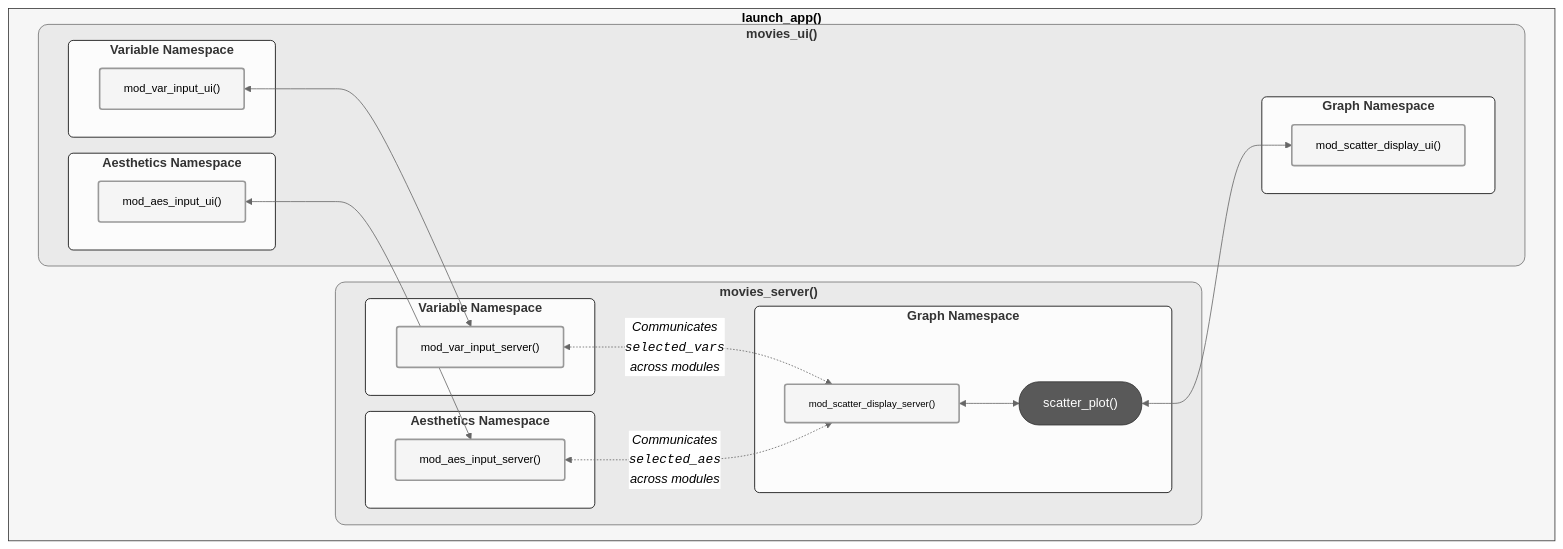
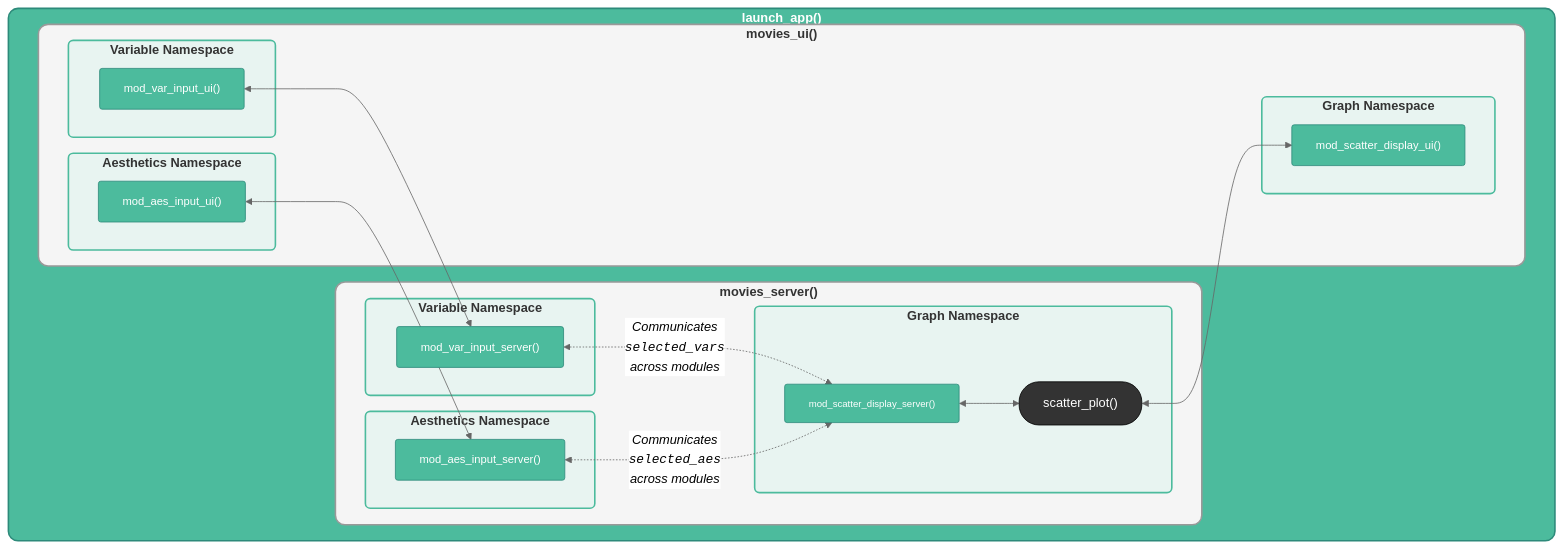
Before and after one commit to mjfrigaard/shiny-app-pkgs: the second of 2 diagrams in logging.qmd, drawn with Mermaid. The commit also changed other lines of this file and 107 other files, not shown here.

First line of the commit message:
Add consistent teal/light-teal color styling to mermaid diagrams

````diff
--- a/logging.qmd
+++ b/logging.qmd
@@ -776,64 +776,64 @@
 ```{mermaid}
 %%| fig-align: center
 %%| fig-cap: 'Primary `launch_app()` app'
 %%{init: {'theme': 'neutral', 'themeVariables': { 'fontFamily': 'monospace', "fontSize":"16px"}}}%%
 flowchart TD
     subgraph Launch["<strong>launch_app()</strong>"]
         subgraph Server["<strong>movies_server()</strong>"]
             subgraph VarServerNS["<strong>Variable Namespace<strong>"]
                 VarInpuServer["mod_var_input_server()"]
             end
             subgraph AesServerNS["<strong>Aesthetics Namespace<strong>"]
                 AesInpuServer["mod_aes_input_server()"]
             end
             subgraph GraphServerNS["<strong>Graph Namespace<strong>"]
                 DisplayServer["mod_scatter_display_server()"]
                 PlotUtil["scatter_plot()"]
             end
         end
         subgraph UI["<strong>movies_ui()</strong>"]
             subgraph VarUINS["<strong>Variable Namespace<strong>"]
                 VarInpuUI["mod_var_input_ui()"]
             end
             subgraph AesUINS["<strong>Aesthetics Namespace<strong>"]
                 AesInpuUI["mod_aes_input_ui()"]
             end
             subgraph GraphUINS["<strong>Graph Namespace<strong>"]
                 DisplayUI["mod_scatter_display_ui()"]
             end
         end
 
         VarInpuUI <--> VarInpuServer
         AesInpuUI <--> AesInpuServer
         DisplayServer <--> PlotUtil <--> DisplayUI
     end
 
     VarInpuServer <-.->|"<em>Communicates<br><code>selected_vars</code><br>across modules</em>"| DisplayServer
     AesInpuServer <-.->|"<em>Communicates<br><code>selected_aes</code><br>across modules</em>"| DisplayServer
-    
-    %% standalone app function 
-    style Launch fill:#F6F6F6,color:#000,stroke:#333
-    
+
+    %% standalone app function
+    style Launch fill:#4CBB9D,color:#fff,stroke:#2d8a7a,stroke-width:2px,rx:12,ry:12
+
     %% modules
-    style VarInpuUI font-size:14px,color:#000,fill:#f5f5f5,stroke-width:2px,rx:3,ry:3
-    style VarInpuServer font-size:14px,color:#000,fill:#f5f5f5,stroke-width:2px,rx:3,ry:3
-    style AesInpuServer font-size:14px,color:#000,fill:#f5f5f5,stroke-width:2px,rx:3,ry:3
-    style AesInpuUI font-size:14px,color:#000,fill:#f5f5f5,stroke-width:2px,rx:3,ry:3
-    style DisplayServer font-size:12px,color:#000,fill:#f5f5f5,stroke-width:2px,rx:3,ry:3
-    style DisplayUI font-size:14px,color:#000,fill:#f5f5f5,stroke-width:2px,rx:3,ry:3
-    
+    style VarInpuUI font-size:14px,color:#fff,fill:#4CBB9D,stroke:#2d8a7a,stroke-width:1px,rx:3,ry:3
+    style VarInpuServer font-size:14px,color:#fff,fill:#4CBB9D,stroke:#2d8a7a,stroke-width:1px,rx:3,ry:3
+    style AesInpuServer font-size:14px,color:#fff,fill:#4CBB9D,stroke:#2d8a7a,stroke-width:1px,rx:3,ry:3
+    style AesInpuUI font-size:14px,color:#fff,fill:#4CBB9D,stroke:#2d8a7a,stroke-width:1px,rx:3,ry:3
+    style DisplayServer font-size:12px,color:#fff,fill:#4CBB9D,stroke:#2d8a7a,stroke-width:1px,rx:3,ry:3
+    style DisplayUI font-size:14px,color:#fff,fill:#4CBB9D,stroke:#2d8a7a,stroke-width:1px,rx:3,ry:3
+
     %% Utility Functions
-    style PlotUtil fill:#595959,color:#FFF,stroke:#333,stroke-width:1px,rx:25,ry:25
-    
+    style PlotUtil fill:#333,color:#FFF,stroke:#000,stroke-width:1px,rx:25,ry:25
+
     %% namespaces
-    style VarServerNS fill:#fcfcfc,stroke:#000,stroke-width:1px,rx:6,ry:6
-    style VarUINS fill:#fcfcfc,stroke:#000,stroke-width:1px,rx:6,ry:6
-    style AesServerNS fill:#fcfcfc,stroke:#000,stroke-width:1px,rx:6,ry:6
-    style AesUINS fill:#fcfcfc,stroke:#000,stroke-width:1px,rx:6,ry:6
-    style GraphServerNS fill:#fcfcfc,stroke:#000,stroke-width:1px,rx:6,ry:6
-    style GraphUINS fill:#fcfcfc,stroke:#000,stroke-width:1px,rx:6,ry:6
-    
+    style VarServerNS fill:#e8f4f1,stroke:#4CBB9D,stroke-width:2px,rx:6,ry:6
+    style VarUINS fill:#e8f4f1,stroke:#4CBB9D,stroke-width:2px,rx:6,ry:6
+    style AesServerNS fill:#e8f4f1,stroke:#4CBB9D,stroke-width:2px,rx:6,ry:6
+    style AesUINS fill:#e8f4f1,stroke:#4CBB9D,stroke-width:2px,rx:6,ry:6
+    style GraphServerNS fill:#e8f4f1,stroke:#4CBB9D,stroke-width:2px,rx:6,ry:6
+    style GraphUINS fill:#e8f4f1,stroke:#4CBB9D,stroke-width:2px,rx:6,ry:6
+
     %% UI and Server
-    style Server fill:#eaeaea,stroke-width:1px,rx:12,ry:12
-    style UI fill:#eaeaea,stroke-width:1px,rx:12,ry:12
+    style Server fill:#f5f5f5,stroke:#999,stroke-width:2px,rx:12,ry:12
+    style UI fill:#f5f5f5,stroke:#999,stroke-width:2px,rx:12,ry:12
 ```
````
